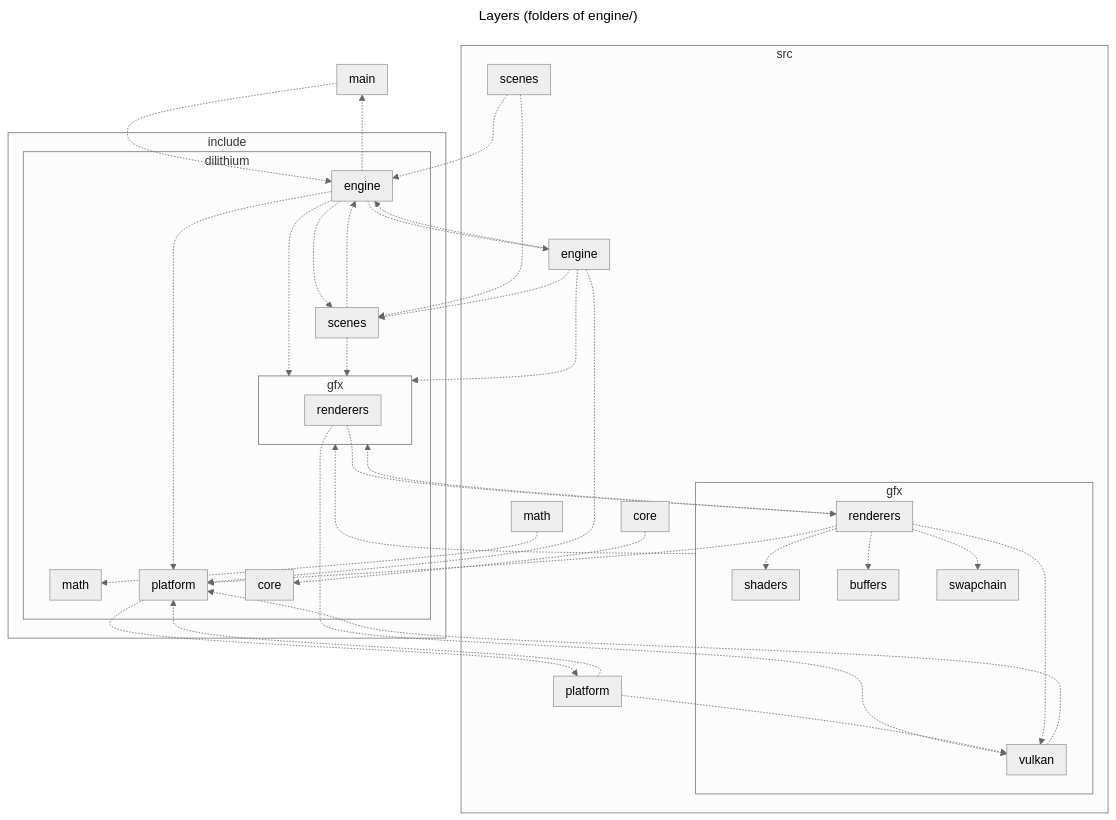
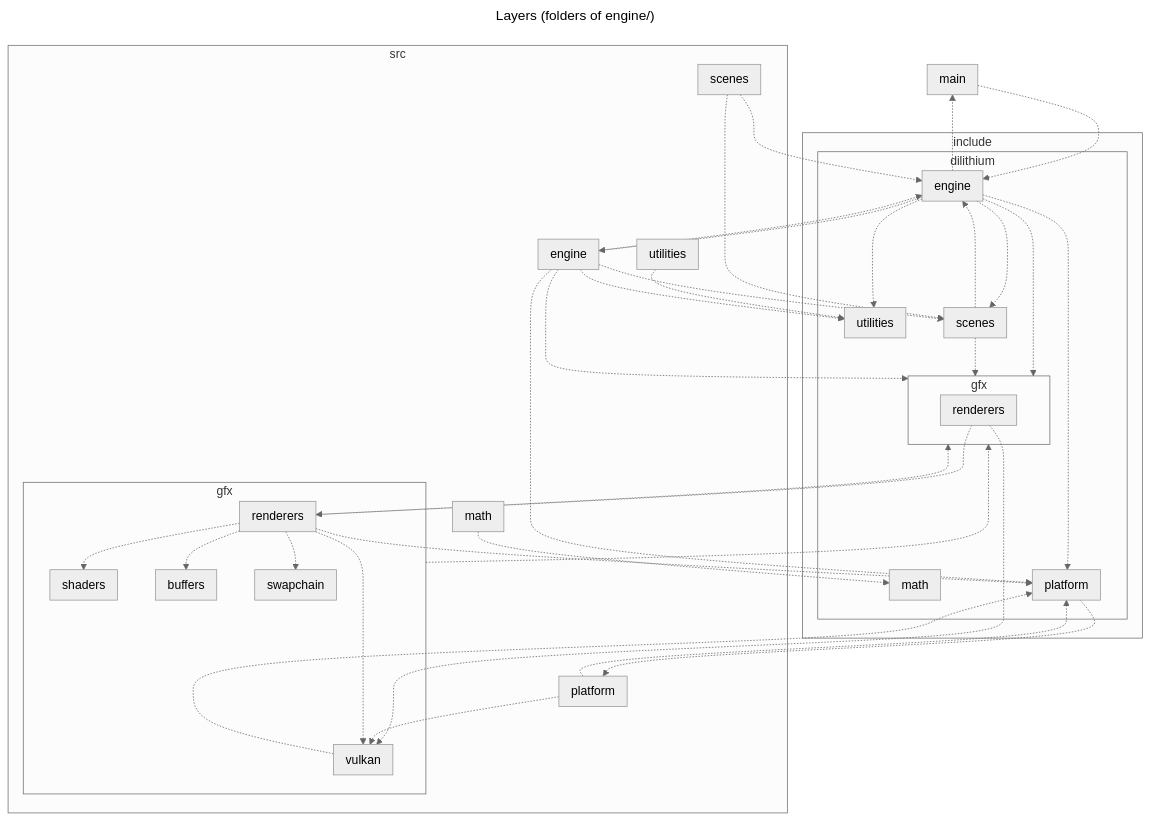
Before and after one commit to mattCasanova/Dilithium2D: the diagram in docs/architecture/generated/layers.mmd, drawn with Mermaid (neutral theme). The commit also changed 50 other files, not shown here.

```diff
--- a/docs/architecture/generated/layers.mmd
+++ b/docs/architecture/generated/layers.mmd
@@ -1,77 +1,79 @@
 ---
 title: Layers (folders of engine/)
 ---
 flowchart
     subgraph C_0012809092572990289391[include]
     subgraph C_0012577257405327163239[dilithium]
-    subgraph C_0005827528683588640927[core]
-    end
     subgraph C_0003542656463181301996[engine]
     end
     subgraph C_0006377284217044718053[scenes]
+    end
+    subgraph C_0008414304222372601029[utilities]
     end
     subgraph C_0006298341999832860390[platform]
     end
     subgraph C_0017825392617274527979[math]
     end
     subgraph C_0003901156776538314640[gfx]
     subgraph C_0017663372143550190399[renderers]
     end
     end
     end
     end
     subgraph C_0010654316019790784920[src]
     subgraph C_0014822937323245241197[scenes]
     end
-    subgraph C_0007201282203910006126[core]
-    end
     subgraph C_0007071731057941935089[platform]
     end
     subgraph C_0010233608232007854375[math]
+    end
+    subgraph C_0013524850851676760114[utilities]
     end
     subgraph C_0015421901025311985358[engine]
     end
     subgraph C_0000870633202236785065[gfx]
     subgraph C_0004804608036888100374[swapchain]
     end
     subgraph C_0011729562870360606892[vulkan]
     end
     subgraph C_0018135243476833536659[renderers]
     end
     subgraph C_0005196780557443478016[buffers]
     end
     subgraph C_0016936712551952591823[shaders]
     end
     end
     end
     subgraph C_0016453121658487405624[main]
     end
     C_0003542656463181301996 -.-> C_0015421901025311985358
+    C_0003542656463181301996 -.-> C_0008414304222372601029
     C_0003542656463181301996 -.-> C_0006298341999832860390
     C_0003542656463181301996 -.-> C_0003901156776538314640
     C_0003542656463181301996 -.-> C_0006377284217044718053
     C_0003542656463181301996 -.-> C_0016453121658487405624
     C_0006377284217044718053 -.-> C_0003542656463181301996
     C_0006377284217044718053 -.-> C_0003901156776538314640
     C_0006298341999832860390 -.-> C_0007071731057941935089
     C_0017663372143550190399 -.-> C_0018135243476833536659
     C_0017663372143550190399 -.-> C_0011729562870360606892
     C_0014822937323245241197 -.-> C_0006377284217044718053
     C_0014822937323245241197 -.-> C_0003542656463181301996
-    C_0007201282203910006126 -.-> C_0005827528683588640927
     C_0007071731057941935089 -.-> C_0006298341999832860390
     C_0007071731057941935089 -.-> C_0011729562870360606892
     C_0010233608232007854375 -.-> C_0017825392617274527979
+    C_0013524850851676760114 -.-> C_0008414304222372601029
     C_0015421901025311985358 -.-> C_0003542656463181301996
     C_0015421901025311985358 -.-> C_0006298341999832860390
     C_0015421901025311985358 -.-> C_0003901156776538314640
     C_0015421901025311985358 -.-> C_0006377284217044718053
+    C_0015421901025311985358 -.-> C_0008414304222372601029
     C_0000870633202236785065 -.-> C_0003901156776538314640
     C_0011729562870360606892 -.-> C_0006298341999832860390
     C_0018135243476833536659 -.-> C_0011729562870360606892
     C_0018135243476833536659 -.-> C_0004804608036888100374
     C_0018135243476833536659 -.-> C_0006298341999832860390
     C_0018135243476833536659 -.-> C_0003901156776538314640
     C_0018135243476833536659 -.-> C_0005196780557443478016
     C_0018135243476833536659 -.-> C_0016936712551952591823
     C_0016453121658487405624 -.-> C_0003542656463181301996
```
